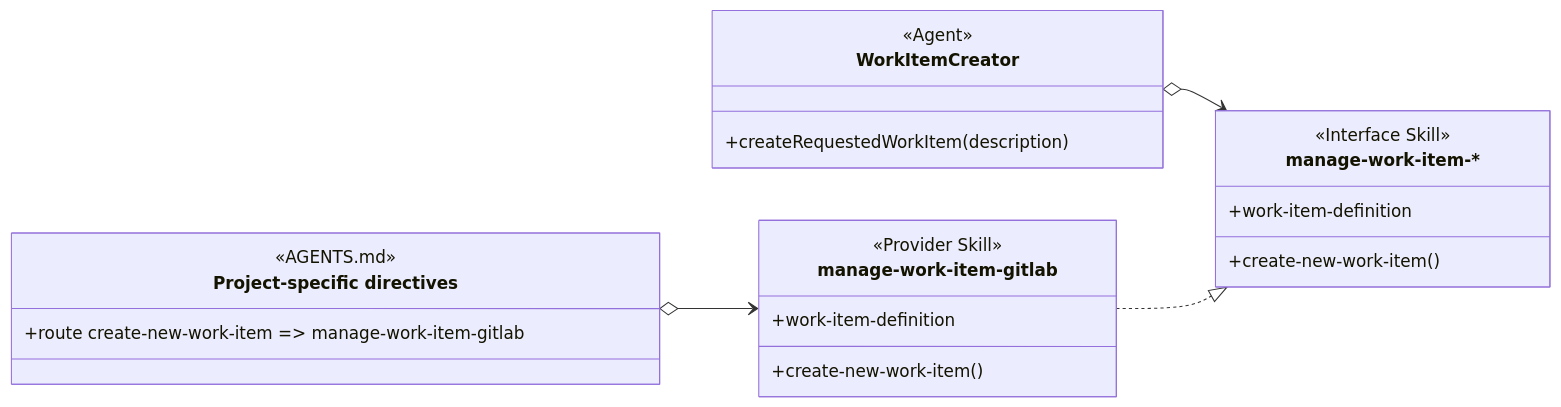
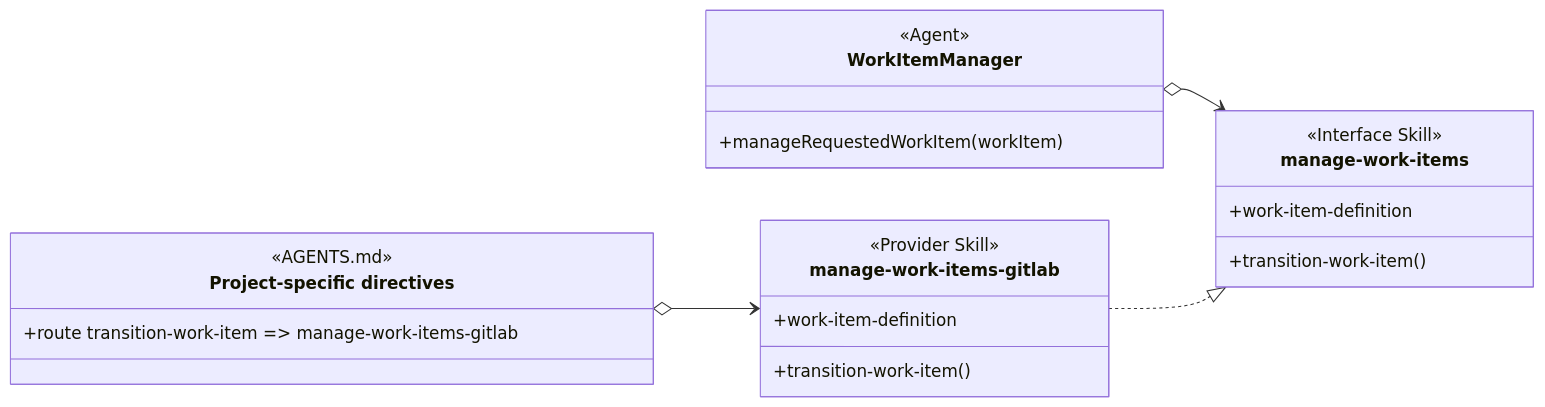
The seventh of 16 diagrams in design/object-oriented-agent-and-skill-model.md (martinbechard/dev-methodology), drawn with Mermaid before and after one commit. The commit also changed other lines of this file and 60 other files, not shown here.

First line of the commit message:
Integrate work item management provider naming

````diff
--- a/design/object-oriented-agent-and-skill-model.md
+++ b/design/object-oriented-agent-and-skill-model.md
@@ -286,31 +286,31 @@
 ```mermaid
 classDiagram
     direction LR
 
-    class WorkItemCreator {
+    class WorkItemManager {
         <<Agent>>
-        +createRequestedWorkItem(description)
+        +manageRequestedWorkItem(workItem)
     }
 
-    class manage-work-item["manage-work-item-*"] {
+    class manage-work-items["manage-work-items"] {
         <<Interface Skill>>
         +work-item-definition
-        +create-new-work-item()
+        +transition-work-item()
     }
 
     class project-specific-directives["Project-specific directives"] {
         <<AGENTS.md>>
         <<routing>>
-        +route create-new-work-item => manage-work-item-gitlab
+        +route transition-work-item => manage-work-items-gitlab
     }
 
-    class manage-work-item-gitlab {
+    class manage-work-items-gitlab {
         <<Provider Skill>>
         +work-item-definition
-        +create-new-work-item()
+        +transition-work-item()
     }
 
-    WorkItemCreator o--> manage-work-item
-    project-specific-directives o--> manage-work-item-gitlab
-    manage-work-item-gitlab ..|> manage-work-item
+    WorkItemManager o--> manage-work-items
+    project-specific-directives o--> manage-work-items-gitlab
+    manage-work-items-gitlab ..|> manage-work-items
 ```
````
